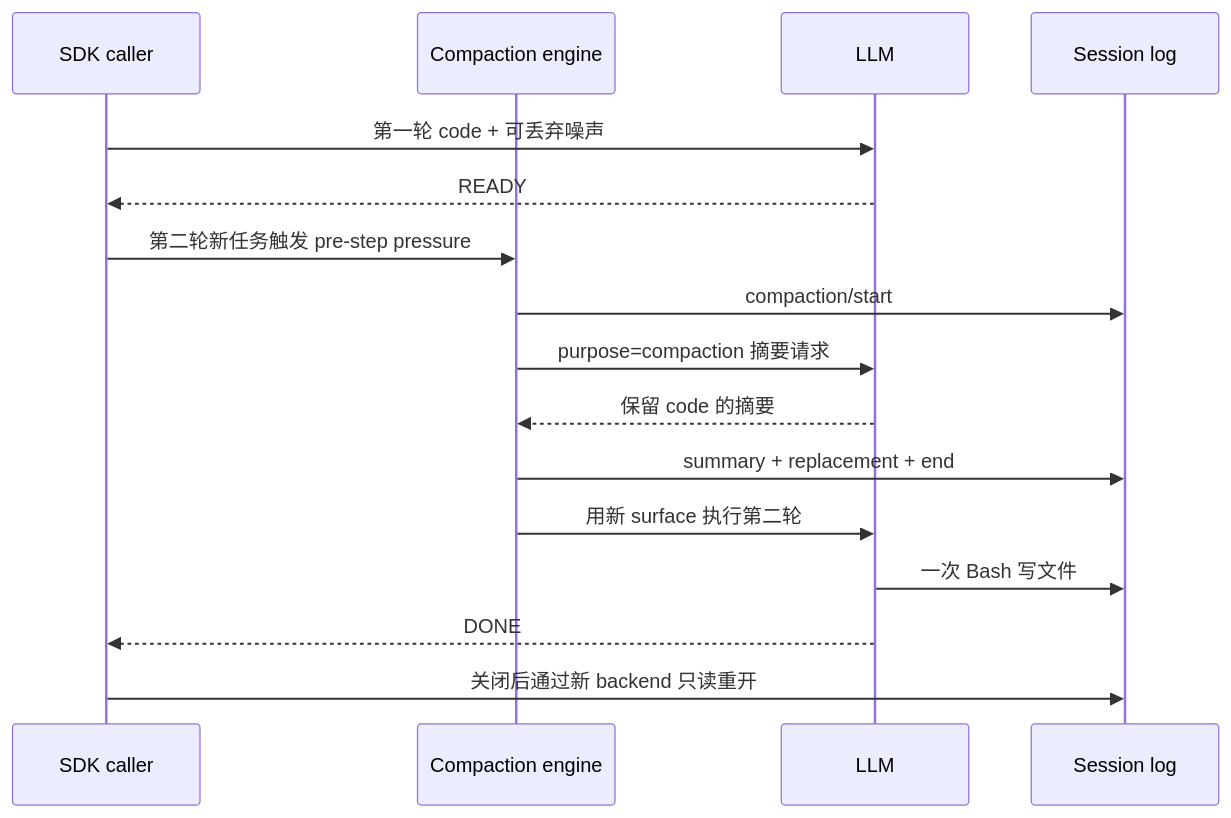
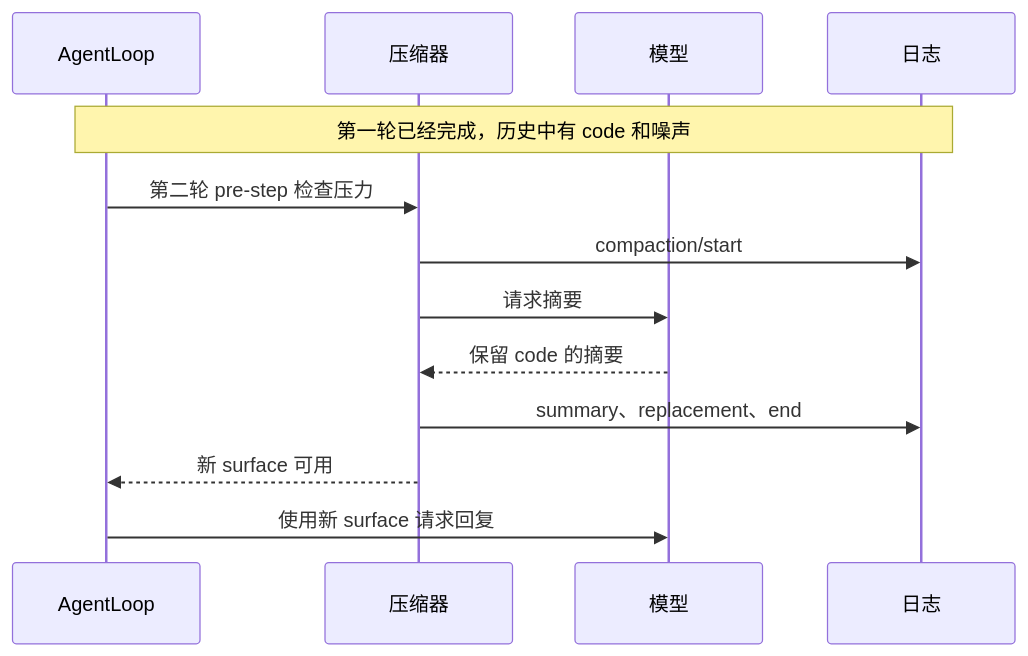
One commit to eriklee1895/hands-on-dsh changed the first of 2 diagrams in labs/compaction-lifecycle/README.md. Above: the diagram before and after it, drawn with Mermaid. The commit also changed other lines of this file and 86 other files, not shown here.

Commit message:
docs: improve course narrative, technical guidance, and diagrams

````diff
--- a/labs/compaction-lifecycle/README.md
+++ b/labs/compaction-lifecycle/README.md
@@ -65,18 +67,15 @@
 ```mermaid
 sequenceDiagram
-    participant C as SDK caller
-    participant E as Compaction engine
-    participant L as LLM
-    participant S as Session log
-    C->>L: 第一轮 code + 可丢弃噪声
-    L-->>C: READY
-    C->>E: 第二轮新任务触发 pre-step pressure
+    participant A as AgentLoop
+    participant E as 压缩器
+    participant L as 模型
+    participant S as 日志
+    Note over A,S: 第一轮已经完成，历史中有 code 和噪声
+    A->>E: 第二轮 pre-step 检查压力
     E->>S: compaction/start
-    E->>L: purpose=compaction 摘要请求
+    E->>L: 请求摘要
     L-->>E: 保留 code 的摘要
-    E->>S: summary + replacement + end
-    E->>L: 用新 surface 执行第二轮
-    L->>S: 一次 Bash 写文件
-    L-->>C: DONE
-    C->>S: 关闭后通过新 backend 只读重开
+    E->>S: summary、replacement、end
+    E-->>A: 新 surface 可用
+    A->>L: 使用新 surface 请求回复
 ```
````
